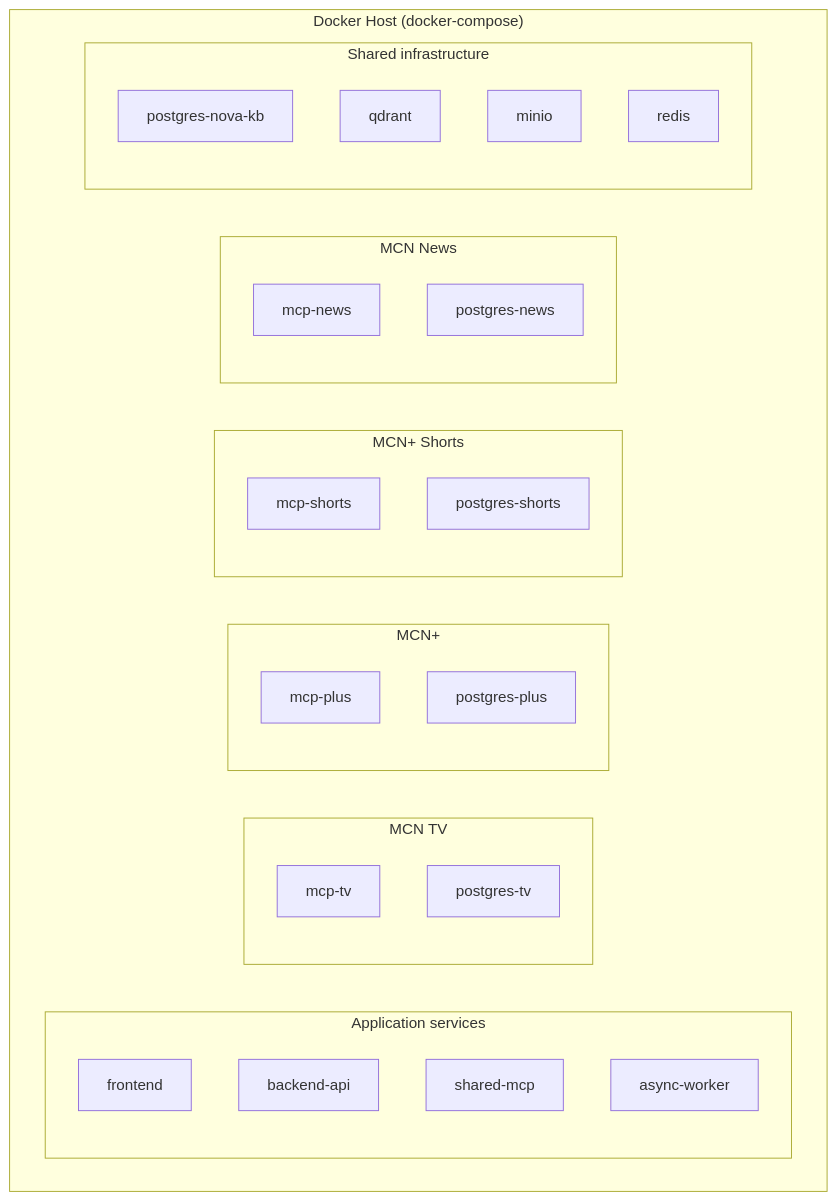
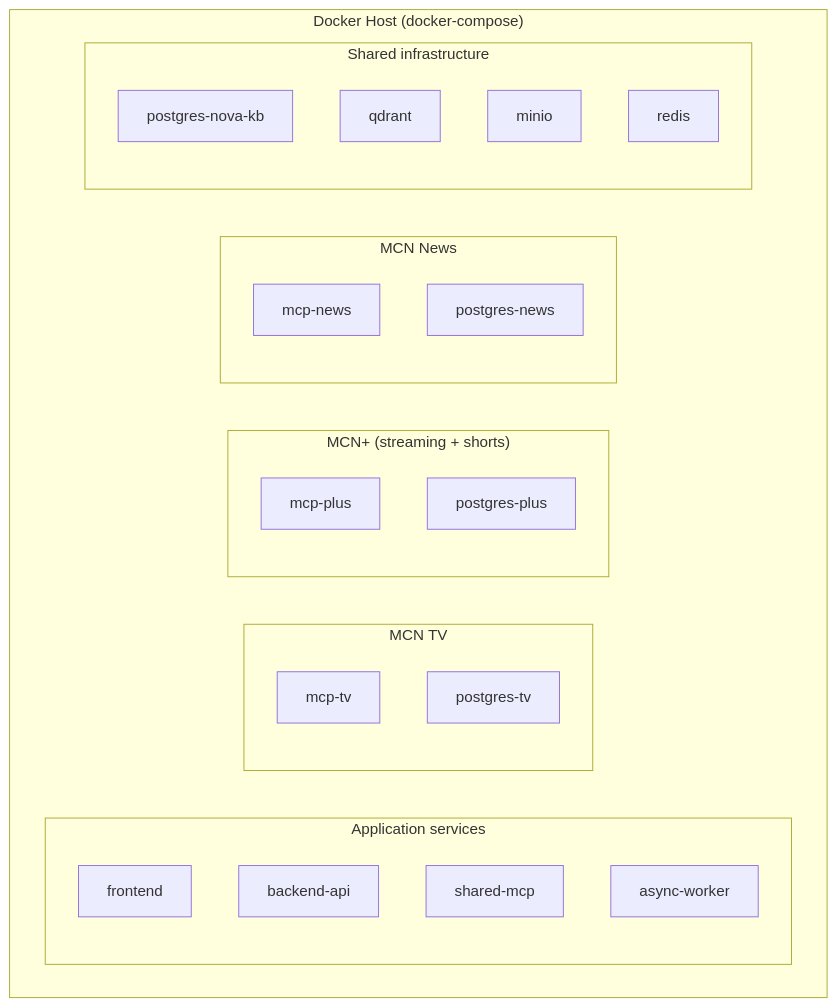
The ninth of 9 diagrams in documents/technical-design-document.md (maulairfani/nova), drawn with Mermaid before and after one commit. The commit also changed other lines of this file and 4 other files, not shown here.

First line of the commit message:
Correct business-unit model: MCN+ streaming and shorts are one unit

````diff
--- a/documents/technical-design-document.md
+++ b/documents/technical-design-document.md
@@ -556,35 +567,31 @@
 ```mermaid
 flowchart TB
     subgraph Host["Docker Host (docker-compose)"]
         subgraph App["Application services"]
             frontend["frontend"]
             backend["backend-api"]
             shared_mcp["shared-mcp"]
             worker["async-worker"]
         end
 
         subgraph TV["MCN TV"]
             mcp_tv["mcp-tv"]
             db_tv["postgres-tv"]
         end
-        subgraph Plus["MCN+"]
+        subgraph Plus["MCN+ (streaming + shorts)"]
             mcp_plus["mcp-plus"]
             db_plus["postgres-plus"]
-        end
-        subgraph Shorts["MCN+ Shorts"]
-            mcp_shorts["mcp-shorts"]
-            db_shorts["postgres-shorts"]
         end
         subgraph News["MCN News"]
             mcp_news["mcp-news"]
             db_news["postgres-news"]
         end
 
         subgraph Shared["Shared infrastructure"]
             nova_kb["postgres-nova-kb"]
             qdrant["qdrant"]
             minio["minio"]
             redis["redis"]
         end
     end
 ```
````
